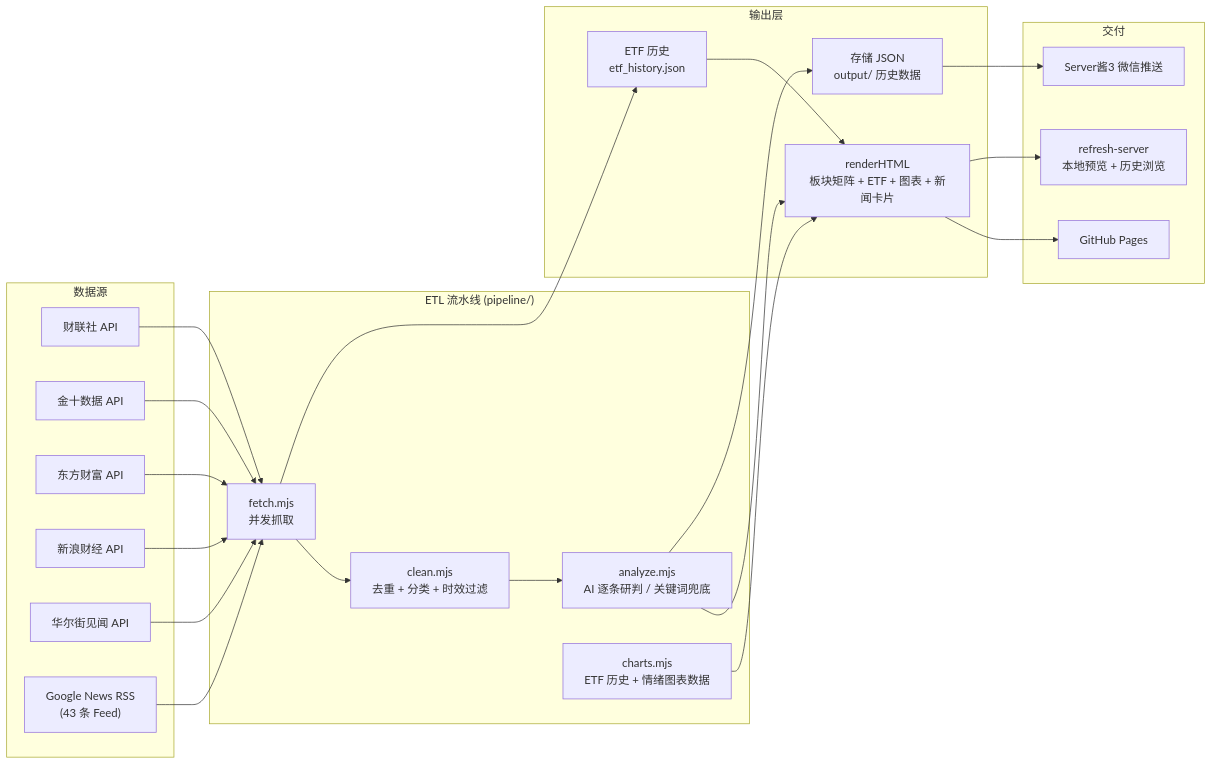
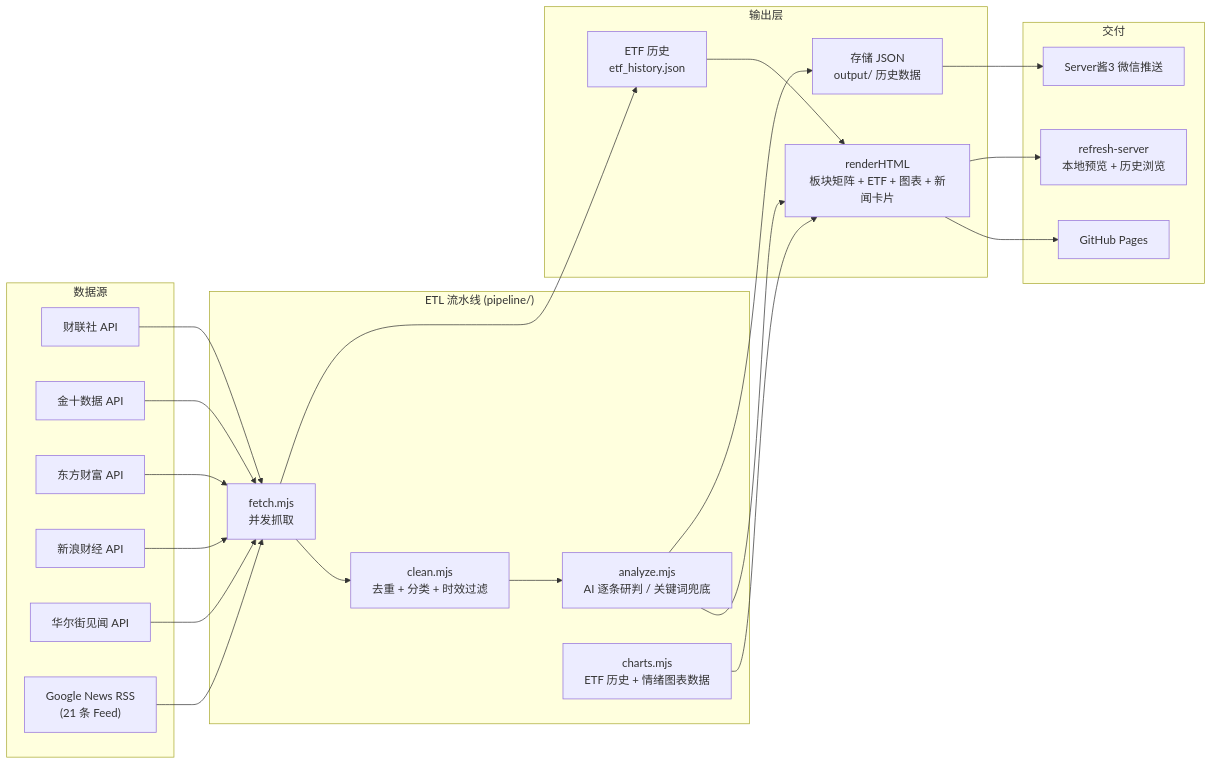
One commit to chanbigcool/daily-stock-news changed the diagram in README.md. Above: the diagram before and after it, drawn with Mermaid. The commit also changed other lines of this file and 7 other files, not shown here.

````diff
--- a/README.md
+++ b/README.md
@@ -9,36 +9,36 @@
 ```mermaid
 flowchart LR
     subgraph Sources["数据源"]
         A1["财联社 API"]
         A2["金十数据 API"]
         A3["东方财富 API"]
         A4["新浪财经 API"]
         A5["华尔街见闻 API"]
-        A6["Google News RSS<br/>(43 条 Feed)"]
+        A6["Google News RSS<br/>(21 条 Feed)"]
     end
 
     subgraph Pipeline["ETL 流水线 (pipeline/)"]
         B1["fetch.mjs<br/>并发抓取"]
         B2["clean.mjs<br/>去重 + 分类 + 时效过滤"]
         B3["analyze.mjs<br/>AI 逐条研判 / 关键词兜底"]
         B4["charts.mjs<br/>ETF 历史 + 情绪图表数据"]
     end
 
     subgraph Output["输出层"]
         C1["renderHTML<br/>板块矩阵 + ETF + 图表 + 新闻卡片"]
         C2["存储 JSON<br/>output/ 历史数据"]
         C3["ETF 历史<br/>etf_history.json"]
     end
 
     subgraph Deploy["交付"]
         D1["GitHub Pages"]
         D2["Server酱3 微信推送"]
         D3["refresh-server<br/>本地预览 + 历史浏览"]
     end
 
     A1 & A2 & A3 & A4 & A5 & A6 --> B1 --> B2 --> B3 --> C1 & C2
     B1 --> C3 --> C1
     C1 --> D1 & D3
     B4 --> C1
     C2 --> D2
 ```
````
